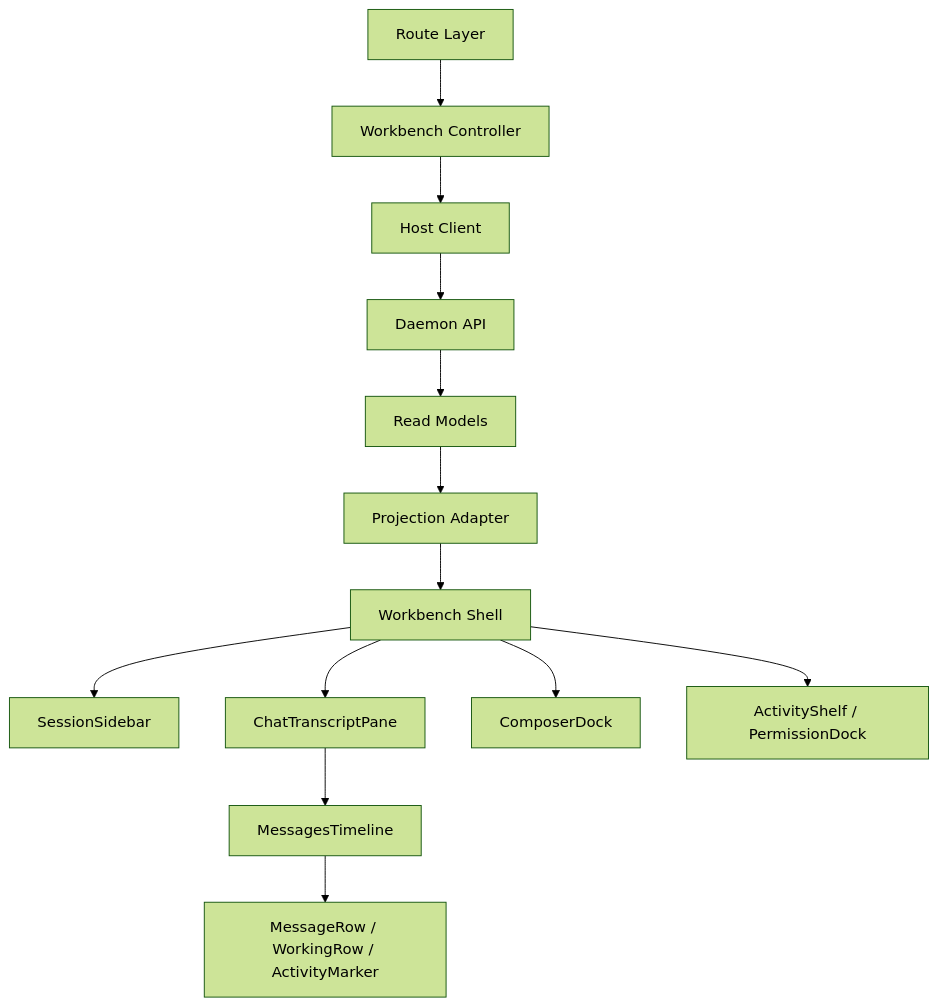
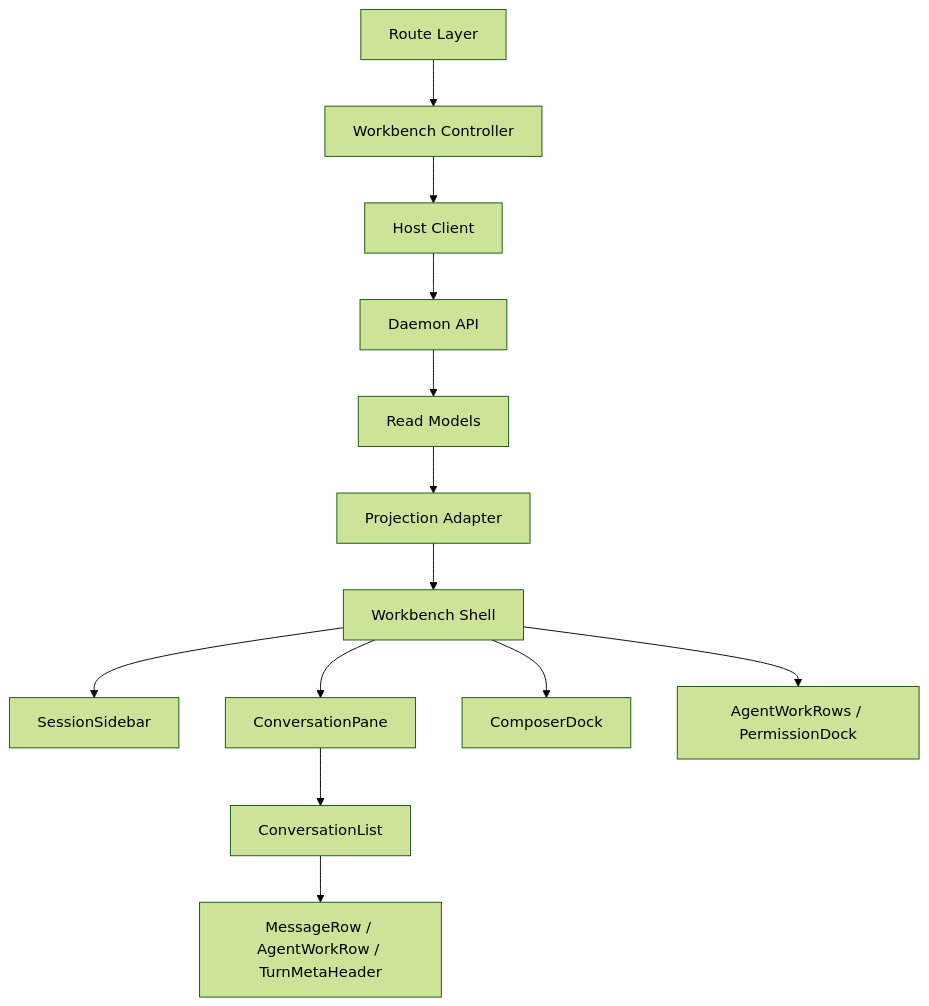
Before and after one commit to opencraft-app/opencraft: the second of 2 diagrams in content/docs/architecture/webui-first.mdx, drawn with Mermaid (forest theme). The commit also changed other lines of this file and 67 other files, not shown here.

````diff
--- a/content/docs/architecture/webui-first.mdx
+++ b/content/docs/architecture/webui-first.mdx
@@ -311,15 +311,15 @@
 ```mermaid
 flowchart TD
   Route["Route Layer"] --> Controller["Workbench Controller"]
   Controller --> HostClient["Host Client"]
   HostClient --> API["Daemon API"]
   API --> Projection["Read Models"]
   Projection --> Adapter["Projection Adapter"]
   Adapter --> Shell["Workbench Shell"]
   Shell --> SessionSidebar["SessionSidebar"]
-  Shell --> ChatPane["ChatTranscriptPane"]
+  Shell --> ChatPane["ConversationPane"]
   Shell --> Composer["ComposerDock"]
-  Shell --> Activity["ActivityShelf / PermissionDock"]
-  ChatPane --> Timeline["MessagesTimeline"]
-  Timeline --> Rows["MessageRow / WorkingRow / ActivityMarker"]
+  Shell --> Activity["AgentWorkRows / PermissionDock"]
+  ChatPane --> Timeline["ConversationList"]
+  Timeline --> Rows["MessageRow / AgentWorkRow / TurnMetaHeader"]
 ```
````
